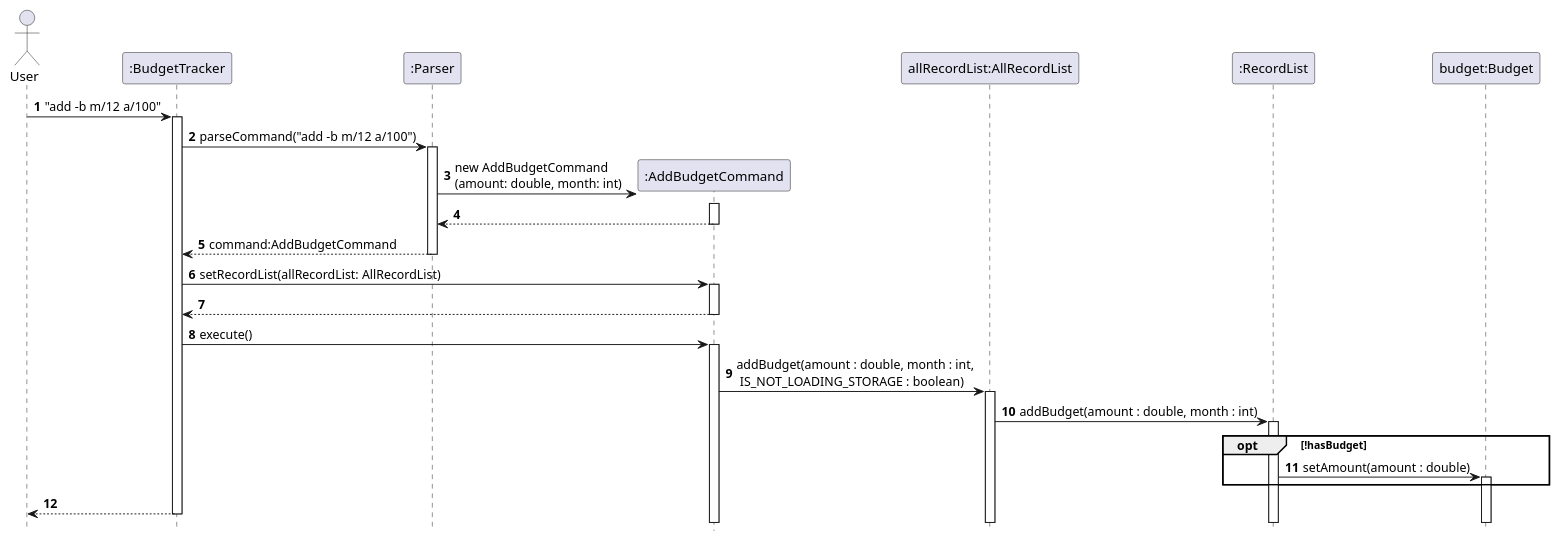
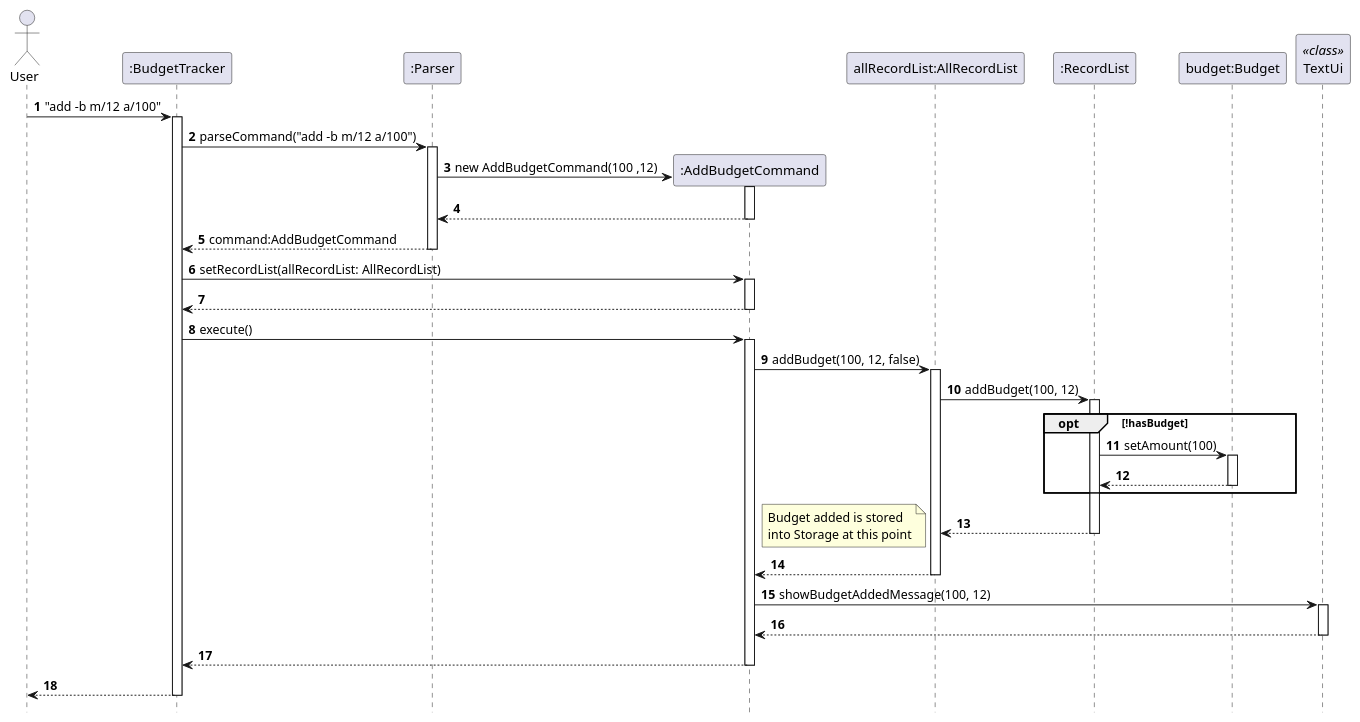
One commit to nus-cs2113-AY2122S1/tp changed the diagram in docs/diagrams/AddSequenceDiagram.puml. Above: the diagram before and after it, drawn with PlantUML. The commit also changed 3 other files, not shown here.

Commit message:
Add DG - AddSequenceDiagram

```diff
--- a/docs/diagrams/AddSequenceDiagram.puml
+++ b/docs/diagrams/AddSequenceDiagram.puml
@@ -1,42 +1,60 @@
 @startuml
 'https://plantuml.com/sequence-diagram
 hide footbox
 autonumber
 
 Actor User as user
 
 user -> ":BudgetTracker" : "add -b m/12 a/100"
 activate ":BudgetTracker"
 
 ":BudgetTracker" -> ":Parser" : parseCommand("add -b m/12 a/100")
 activate ":Parser"
 
 create ":AddBudgetCommand"
-":Parser" -> ":AddBudgetCommand" : new AddBudgetCommand\n(amount: double, month: int)
+":Parser" -> ":AddBudgetCommand" : new AddBudgetCommand(100 ,12)
 activate ":AddBudgetCommand"
 return
 
 return command:AddBudgetCommand
 
 ":BudgetTracker" -> ":AddBudgetCommand" : setRecordList(allRecordList: AllRecordList)
 activate ":AddBudgetCommand"
 return
 
 ":BudgetTracker" -> ":AddBudgetCommand" : execute()
 activate ":AddBudgetCommand"
 
-":AddBudgetCommand" -> "allRecordList:AllRecordList" : addBudget(amount : double, month : int,\n IS_NOT_LOADING_STORAGE : boolean)
+":AddBudgetCommand" -> "allRecordList:AllRecordList" : addBudget(100, 12, false)
 activate "allRecordList:AllRecordList"
 
-"allRecordList:AllRecordList" -> ":RecordList" : addBudget(amount : double, month : int)
+"allRecordList:AllRecordList" -> ":RecordList" : addBudget(100, 12)
 activate ":RecordList"
 
 opt !hasBudget
-    ":RecordList" -> "budget:Budget" : setAmount(amount : double)
+    ":RecordList" -> "budget:Budget" : setAmount(100)
     activate "budget:Budget"
+    return
 end
+
+return
+
+note left
+Budget added is stored
+into Storage at this point
+end note
+
+return
+
+participant TextUi <<class>>
+
+":AddBudgetCommand" -> TextUi : showBudgetAddedMessage(100, 12)
+activate TextUi
+return
+
+return
 
 ":BudgetTracker" --> user
 deactivate ":BudgetTracker"
 
 @enduml
```
